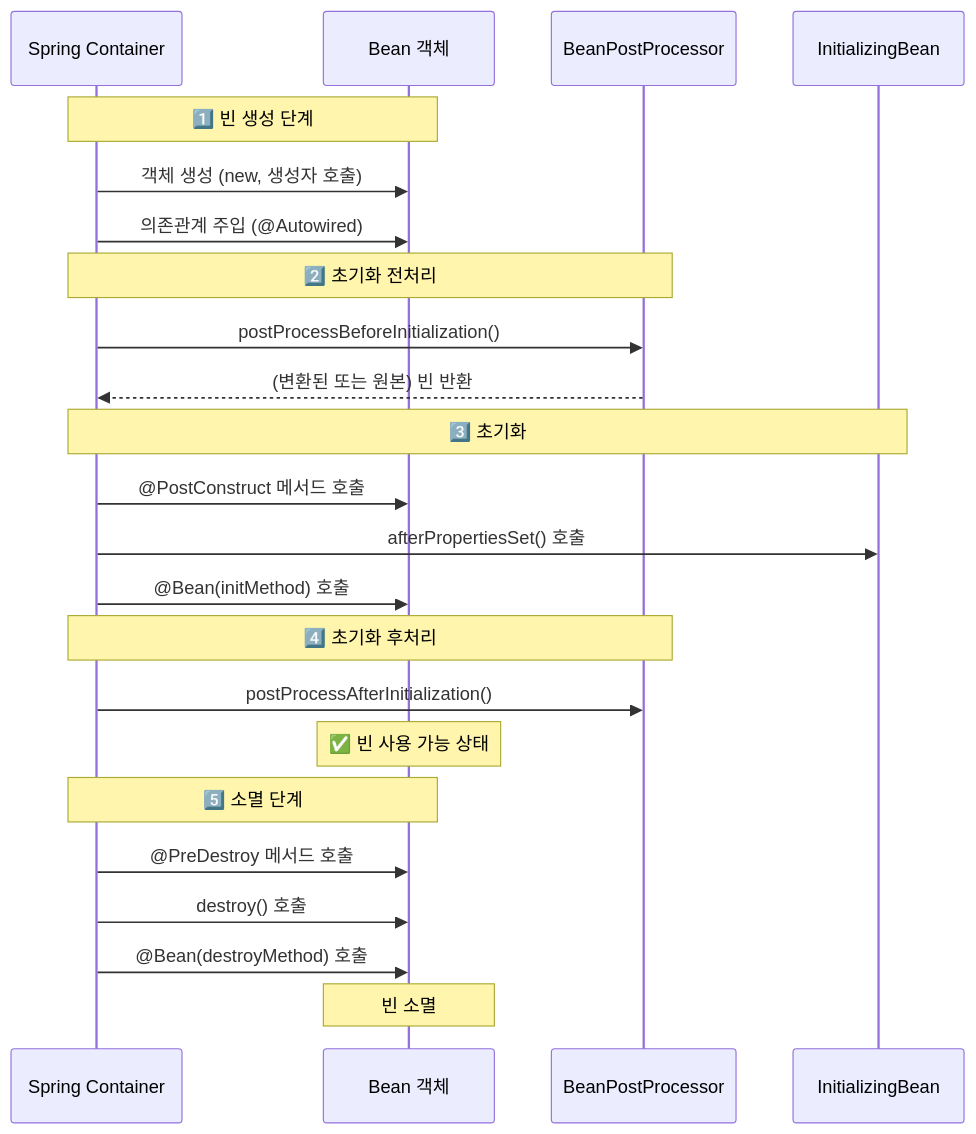
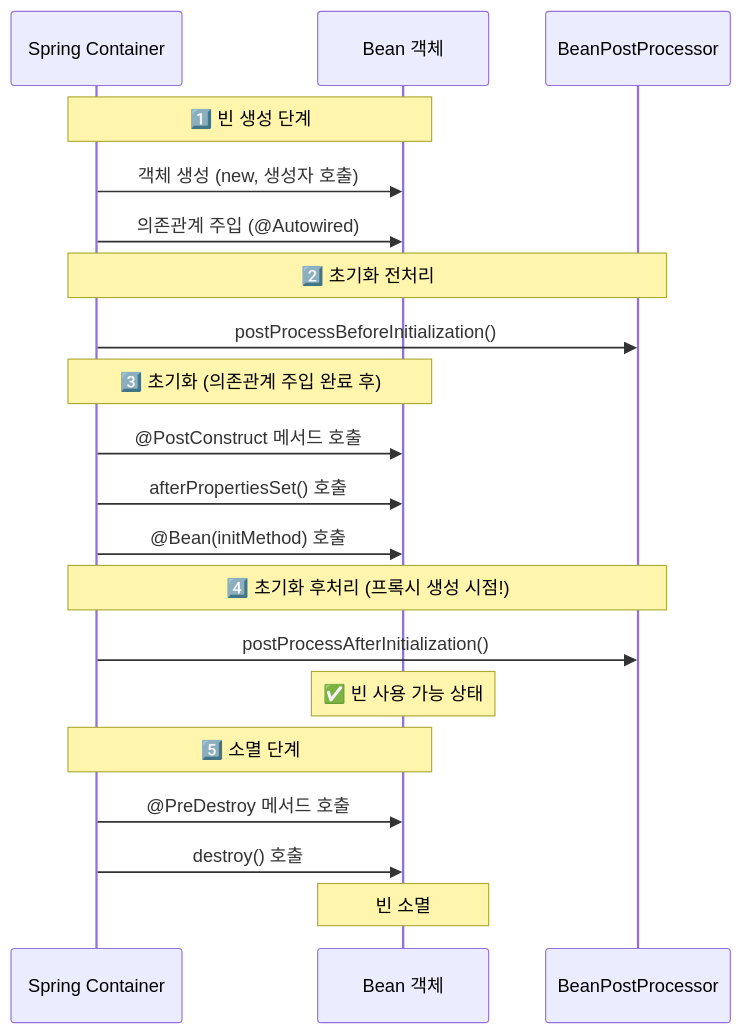
One commit to yjkim2015/yjkim2015.github.io changed the seventh of 11 diagrams in _posts/spring/2026-05-02-spring-core-basic.md. Above: the diagram before and after it, drawn with Mermaid. The commit also changed other lines of this file and 92 other files, not shown here.

First line of the commit message:
Major quality rewrite: 98 files, Mermaid fix, extreme-scenario component

````diff
--- a/_posts/spring/2026-05-02-spring-core-basic.md
+++ b/_posts/spring/2026-05-02-spring-core-basic.md
@@ -475,30 +496,27 @@
 ```mermaid
 sequenceDiagram
     participant C as Spring Container
     participant B as Bean 객체
     participant BPP as BeanPostProcessor
-    participant I as InitializingBean
 
     Note over C,B: 1️⃣ 빈 생성 단계
     C->>B: 객체 생성 (new, 생성자 호출)
     C->>B: 의존관계 주입 (@Autowired)
 
     Note over C,BPP: 2️⃣ 초기화 전처리
     C->>BPP: postProcessBeforeInitialization()
-    BPP-->>C: (변환된 또는 원본) 빈 반환
 
-    Note over C,I: 3️⃣ 초기화
+    Note over C,B: 3️⃣ 초기화 (의존관계 주입 완료 후)
     C->>B: @PostConstruct 메서드 호출
-    C->>I: afterPropertiesSet() 호출
+    C->>B: afterPropertiesSet() 호출
     C->>B: @Bean(initMethod) 호출
 
-    Note over C,BPP: 4️⃣ 초기화 후처리
+    Note over C,BPP: 4️⃣ 초기화 후처리 (프록시 생성 시점!)
     C->>BPP: postProcessAfterInitialization()
     Note over B: ✅ 빈 사용 가능 상태
 
     Note over C,B: 5️⃣ 소멸 단계
     C->>B: @PreDestroy 메서드 호출
     C->>B: destroy() 호출
-    C->>B: @Bean(destroyMethod) 호출
     Note over B: 빈 소멸
 ```
````
